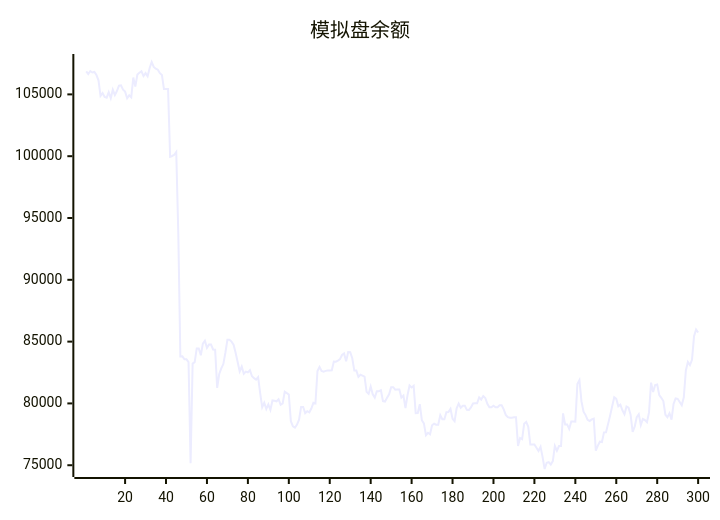
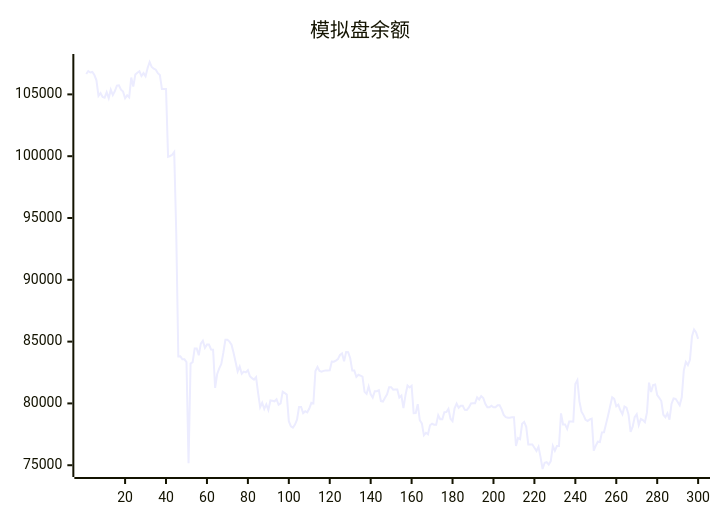
Before and after one commit to aahl/ai-trading: the diagram in README.md, drawn with Mermaid. The commit also changed other lines of this file and 1 other file, not shown here.

````diff
--- a/README.md
+++ b/README.md
@@ -5,5 +5,5 @@
 ```mermaid
 xychart
     title "模拟盘余额"
-    line [106866,106651,106889,106771,106816,106565,106141,104876,105103,104796,104734,105169,104690,105380,104941,105272,105709,105739,105374,105227,104691,104924,104762,106364,105628,106608,106748,106872,106485,106721,106468,107132,107620,107224,107080,107001,106717,106567,105431,105431,105440,99950,100017,100113,100337,93749,83795,83807,83567,83567,83342,75168,83222,83336,84448,84449,83896,84839,85065,84499,84757,84757,84364,84347,81254,82385,82835,83184,84099,85150,85150,85002,84751,84096,83356,82582,82983,82404,82572,82512,82688,82200,82047,81920,82125,80840,79688,80060,79552,79920,79470,80236,80208,80170,80336,79894,80006,80954,80837,80712,78561,78139,78037,78293,78682,79720,79720,79214,79372,79279,79591,80046,79993,82625,82950,82626,82571,82633,82670,82670,82681,83386,83378,83464,83579,83920,84037,83402,84160,84142,83652,82655,82655,82145,82315,82243,82163,80934,80770,81371,80742,80468,80989,80989,81067,80191,80155,80450,80737,81309,81309,81106,81119,81119,80471,80631,79624,80670,81448,81290,81429,79212,79222,79940,78643,78380,77432,77623,77504,78235,78358,78284,78277,79048,78714,78714,79290,79308,79567,78763,78563,79603,79988,79652,79813,79813,79476,79469,79673,79995,80015,80015,80486,80314,80600,80436,79966,79689,79689,79819,79692,79692,79850,79850,79518,79071,78889,78850,78850,78878,78878,76554,77202,77103,78357,78510,78106,76678,76677,76672,76411,76159,76485,75656,74695,75197,75246,75052,75334,76564,76179,76553,76551,79196,78300,78300,77944,78531,78531,78521,81564,81884,80160,79335,79055,78675,78580,78708,78764,76179,76586,76902,76876,77658,77669,78346,79023,79769,80497,80366,79761,79896,79448,79126,79749,79658,79097,77695,78114,78888,79126,78249,78738,78653,78478,79271,81680,80923,81488,81527,80681,80455,80190,79084,78879,79193,78686,79954,80403,80374,80118,79848,80491,82665,83351,83098,83525,85430,85983,85737]
+    line [106651,106889,106771,106816,106565,106141,104876,105103,104796,104734,105169,104690,105380,104941,105272,105709,105739,105374,105227,104691,104924,104762,106364,105628,106608,106748,106872,106485,106721,106468,107132,107620,107224,107080,107001,106717,106567,105431,105431,105440,99950,100017,100113,100337,93749,83795,83807,83567,83567,83342,75168,83222,83336,84448,84449,83896,84839,85065,84499,84757,84757,84364,84347,81254,82385,82835,83184,84099,85150,85150,85002,84751,84096,83356,82582,82983,82404,82572,82512,82688,82200,82047,81920,82125,80840,79688,80060,79552,79920,79470,80236,80208,80170,80336,79894,80006,80954,80837,80712,78561,78139,78037,78293,78682,79720,79720,79214,79372,79279,79591,80046,79993,82625,82950,82626,82571,82633,82670,82670,82681,83386,83378,83464,83579,83920,84037,83402,84160,84142,83652,82655,82655,82145,82315,82243,82163,80934,80770,81371,80742,80468,80989,80989,81067,80191,80155,80450,80737,81309,81309,81106,81119,81119,80471,80631,79624,80670,81448,81290,81429,79212,79222,79940,78643,78380,77432,77623,77504,78235,78358,78284,78277,79048,78714,78714,79290,79308,79567,78763,78563,79603,79988,79652,79813,79813,79476,79469,79673,79995,80015,80015,80486,80314,80600,80436,79966,79689,79689,79819,79692,79692,79850,79850,79518,79071,78889,78850,78850,78878,78878,76554,77202,77103,78357,78510,78106,76678,76677,76672,76411,76159,76485,75656,74695,75197,75246,75052,75334,76564,76179,76553,76551,79196,78300,78300,77944,78531,78531,78521,81564,81884,80160,79335,79055,78675,78580,78708,78764,76179,76586,76902,76876,77658,77669,78346,79023,79769,80497,80366,79761,79896,79448,79126,79749,79658,79097,77695,78114,78888,79126,78249,78738,78653,78478,79271,81680,80923,81488,81527,80681,80455,80190,79084,78879,79193,78686,79954,80403,80374,80118,79848,80491,82665,83351,83098,83525,85430,85983,85737,85221]
 ```
````
